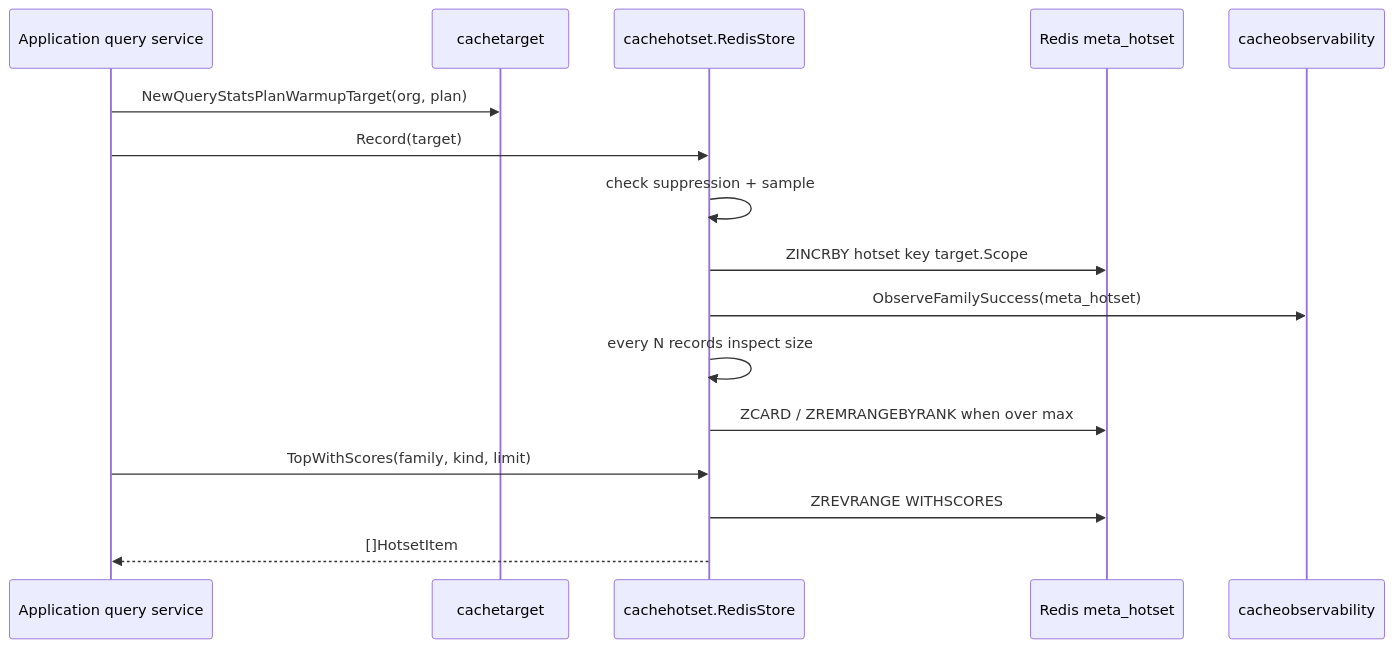
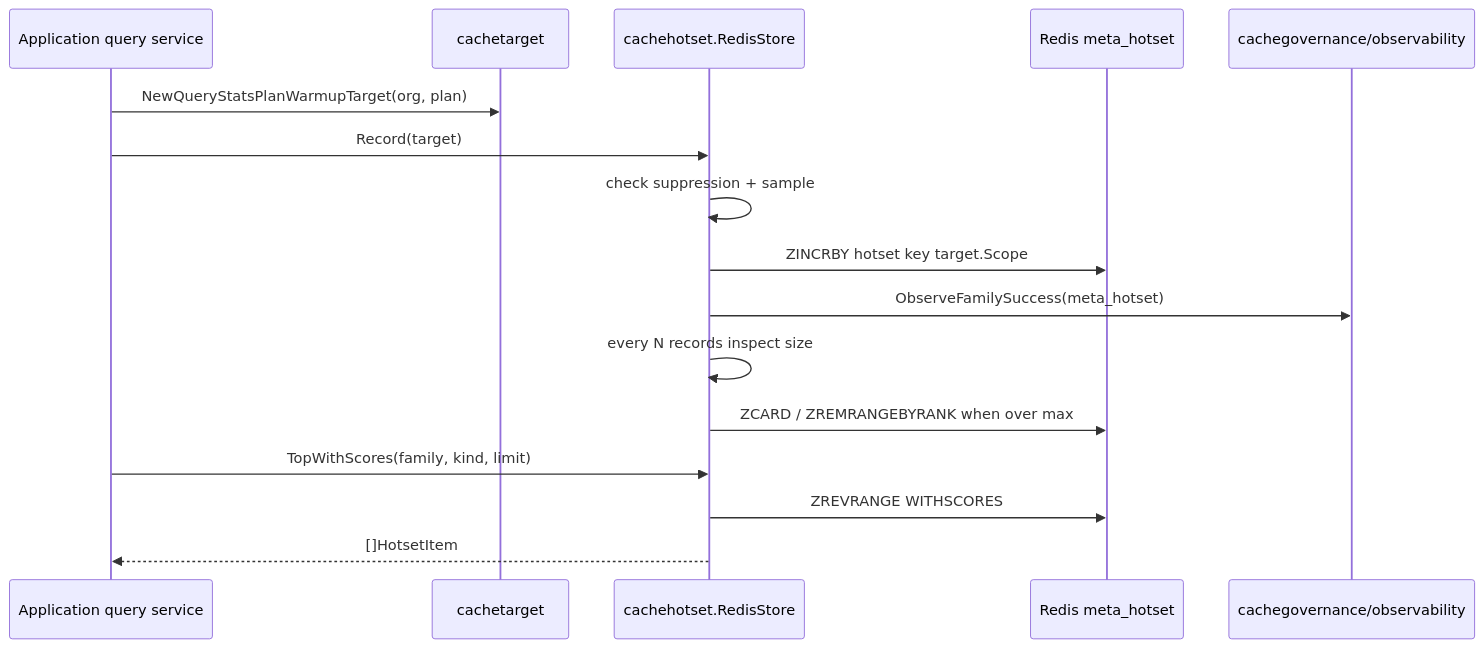
The second of 3 diagrams in docs/03-基础设施/redis/05-Hotset与WarmupTarget模型.md (FangcunMount/qs-server), drawn with Mermaid before and after one commit. The commit also changed other lines of this file and 34 other files, not shown here.

````diff
--- a/docs/03-基础设施/redis/05-Hotset与WarmupTarget模型.md
+++ b/docs/03-基础设施/redis/05-Hotset与WarmupTarget模型.md
@@ -54,20 +54,20 @@
 ```mermaid
 sequenceDiagram
     participant App as Application query service
     participant T as cachetarget
     participant H as cachehotset.RedisStore
     participant R as Redis meta_hotset
-    participant O as cacheobservability
+    participant O as cachegovernance/observability
 
     App->>T: NewQueryStatsPlanWarmupTarget(org, plan)
     App->>H: Record(target)
     H->>H: check suppression + sample
     H->>R: ZINCRBY hotset key target.Scope
     H->>O: ObserveFamilySuccess(meta_hotset)
     H->>H: every N records inspect size
     H->>R: ZCARD / ZREMRANGEBYRANK when over max
 
     App->>H: TopWithScores(family, kind, limit)
     H->>R: ZREVRANGE WITHSCORES
     H-->>App: []HotsetItem
 ```
````
